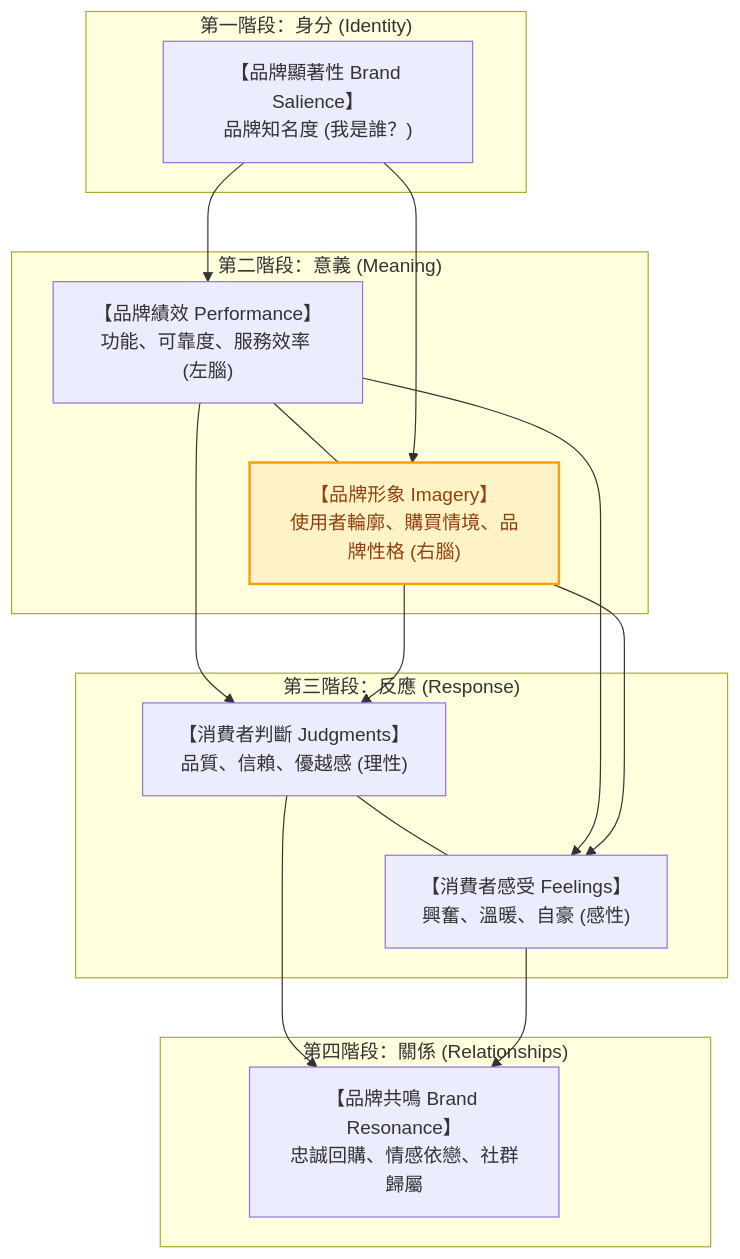
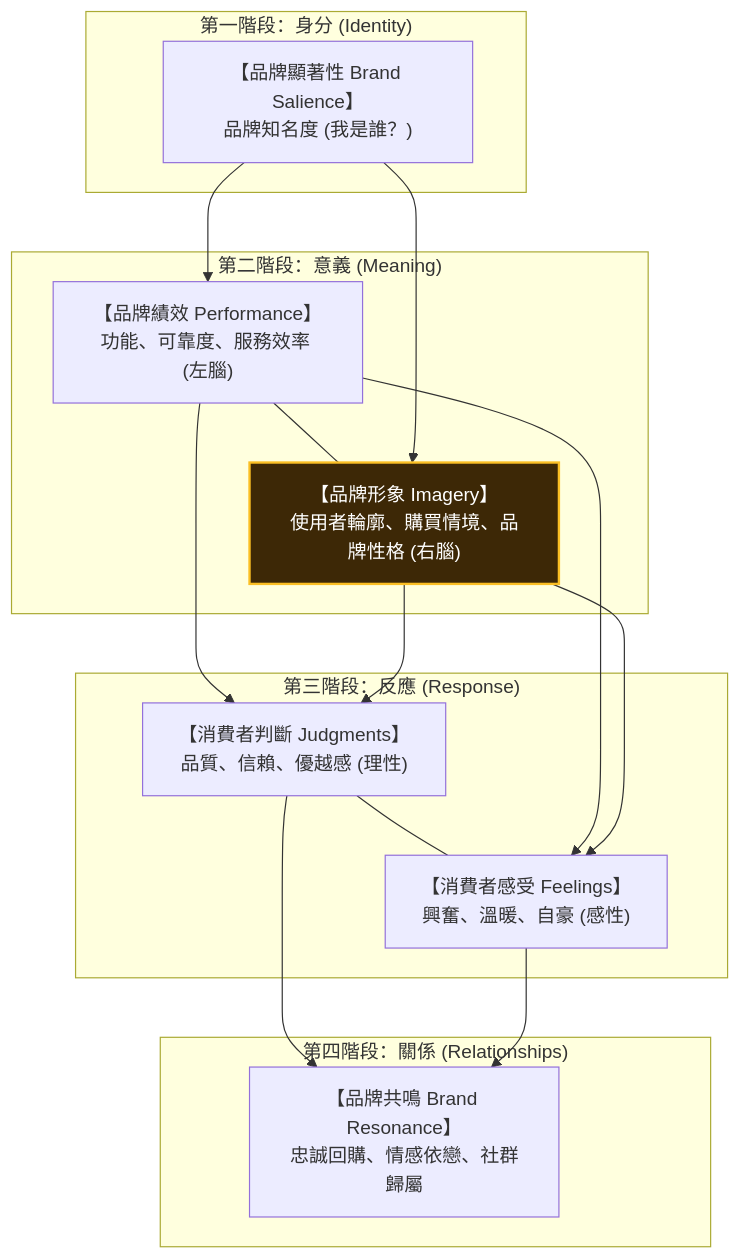
Before and after one commit to Jimlin0428/my-digital-garden: the diagram in src/site/notes/98_商業概念庫/brand-4_品牌形象.md, drawn with Mermaid. The commit also changed 58 other files, not shown here.

````diff
--- a/src/site/notes/98_商業概念庫/brand-4_品牌形象.md
+++ b/src/site/notes/98_商業概念庫/brand-4_品牌形象.md
@@ -28,24 +28,24 @@
 ```mermaid
 flowchart TD
     subgraph Stage4["第四階段：關係 (Relationships)"]
         R4["【品牌共鳴 Brand Resonance】<br/>忠誠回購、情感依戀、社群歸屬"]
     end
     
     subgraph Stage3["第三階段：反應 (Response)"]
         R3L["【消費者判斷 Judgments】<br/>品質、信賴、優越感 (理性)"] --- R3R["【消費者感受 Feelings】<br/>興奮、溫暖、自豪 (感性)"]
     end
     
     subgraph Stage2["第二階段：意義 (Meaning)"]
         R2L["【品牌績效 Performance】<br/>功能、可靠度、服務效率 (左腦)"] --- R2R["【品牌形象 Imagery】<br/>使用者輪廓、購買情境、品牌性格 (右腦)"]
     end
     
     subgraph Stage1["第一階段：身分 (Identity)"]
         R1["【品牌顯著性 Brand Salience】<br/>品牌知名度 (我是誰？)"]
     end
     
     R1 --> R2L & R2R
     R2L & R2R --> R3L & R3R
     R3L & R3R --> R4
 
-    style R2R fill:#fef3c7,stroke:#f59e0b,stroke-width:2px,color:#92400e
+    style R2R fill:#3d2806,stroke:#fbbf24,stroke-width:2px,color:#ffffff
 ```
````
